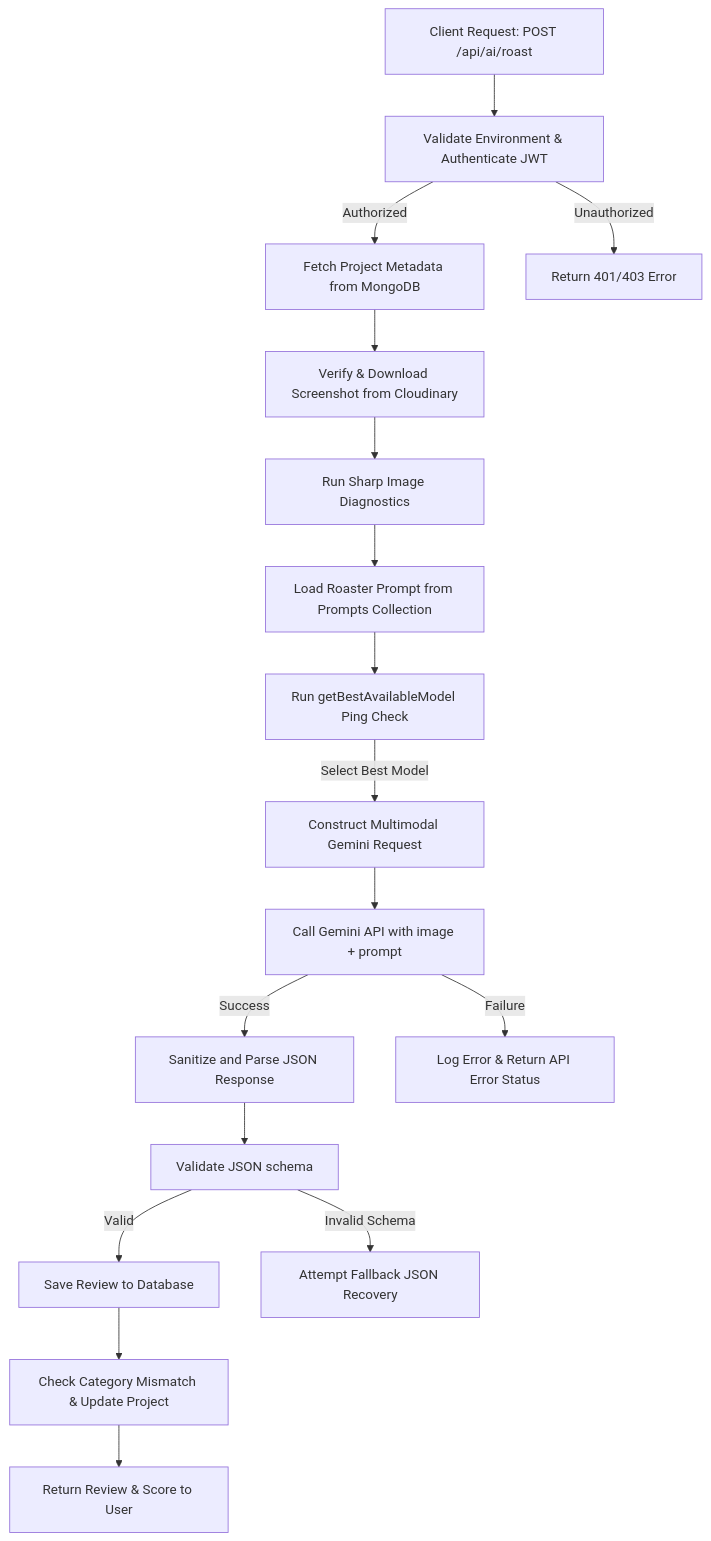
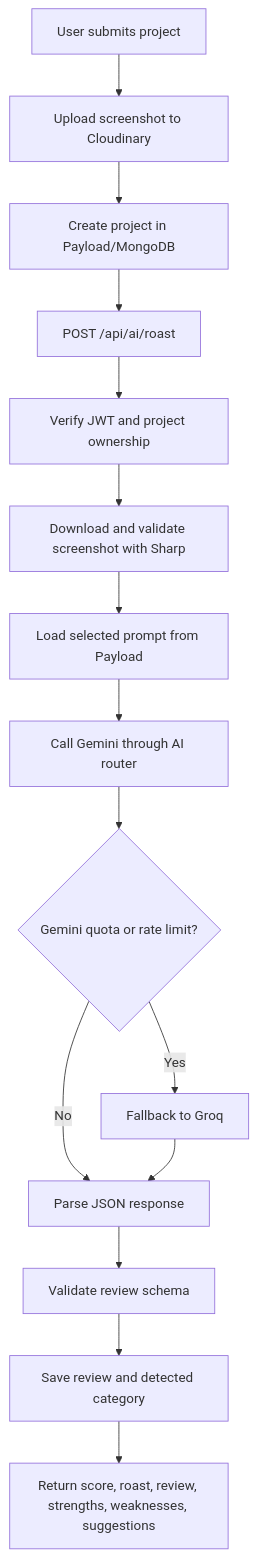
The first of 3 diagrams in README.md (broskell/Roast-My-Project), drawn with Mermaid before and after one commit. The commit also changed other lines of this file, not shown here.

Commit message:
refactor: update README for clarity and structure, enhancing project overview and tech stack details

````diff
--- a/README.md
+++ b/README.md
@@ -33,19 +37,17 @@
 ```mermaid
 flowchart TD
-    A[Client Request: POST /api/ai/roast] --> B[Validate Environment & Authenticate JWT]
-    B -->|Authorized| C[Fetch Project Metadata from MongoDB]
-    B -->|Unauthorized| D[Return 401/403 Error]
-    C --> E[Verify & Download Screenshot from Cloudinary]
-    E --> F[Run Sharp Image Diagnostics]
-    F --> G[Load Roaster Prompt from Prompts Collection]
-    G --> H[Run getBestAvailableModel Ping Check]
-    H -->|Select Best Model| I[Construct Multimodal Gemini Request]
-    I --> J[Call Gemini API with image + prompt]
-    J -->|Success| K[Sanitize and Parse JSON Response]
-    J -->|Failure| L[Log Error & Return API Error Status]
-    K --> M[Validate JSON schema]
-    M -->|Valid| N[Save Review to Database]
-    M -->|Invalid Schema| O[Attempt Fallback JSON Recovery]
-    N --> P[Check Category Mismatch & Update Project]
-    P --> Q[Return Review & Score to User]
+  A["User submits project"] --> B["Upload screenshot to Cloudinary"]
+  B --> C["Create project in Payload/MongoDB"]
+  C --> D["POST /api/ai/roast"]
+  D --> E["Verify JWT and project ownership"]
+  E --> F["Download and validate screenshot with Sharp"]
+  F --> G["Load selected prompt from Payload"]
+  G --> H["Call Gemini through AI router"]
+  H --> I{"Gemini quota or rate limit?"}
+  I -->|"No"| J["Parse JSON response"]
+  I -->|"Yes"| K["Fallback to Groq"]
+  K --> J
+  J --> L["Validate review schema"]
+  L --> M["Save review and detected category"]
+  M --> N["Return score, roast, review, strengths, weaknesses, suggestions"]
 ```
````
